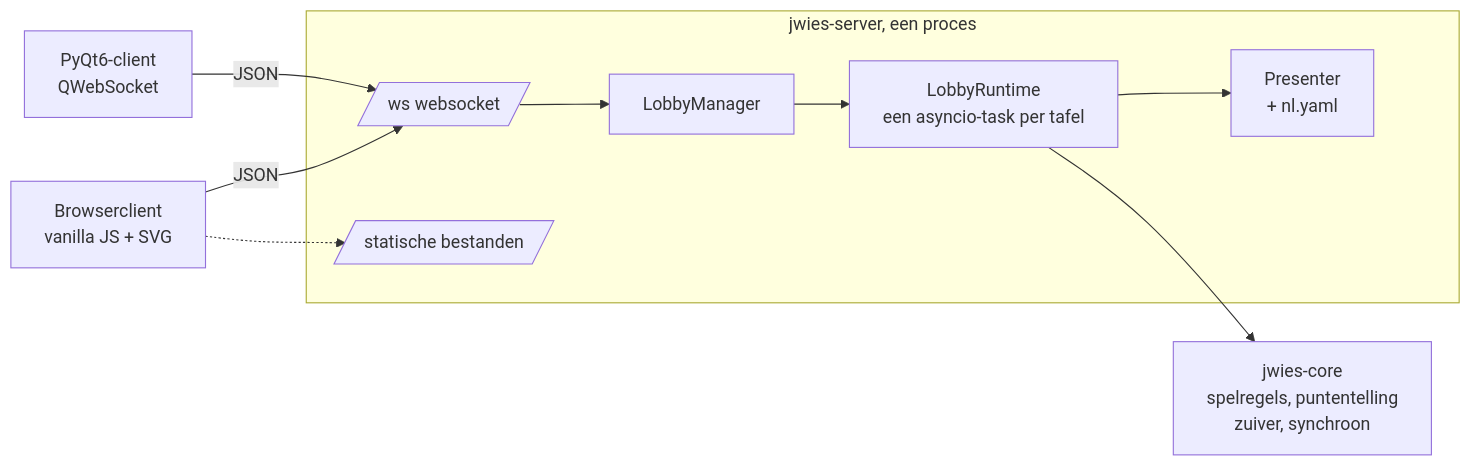
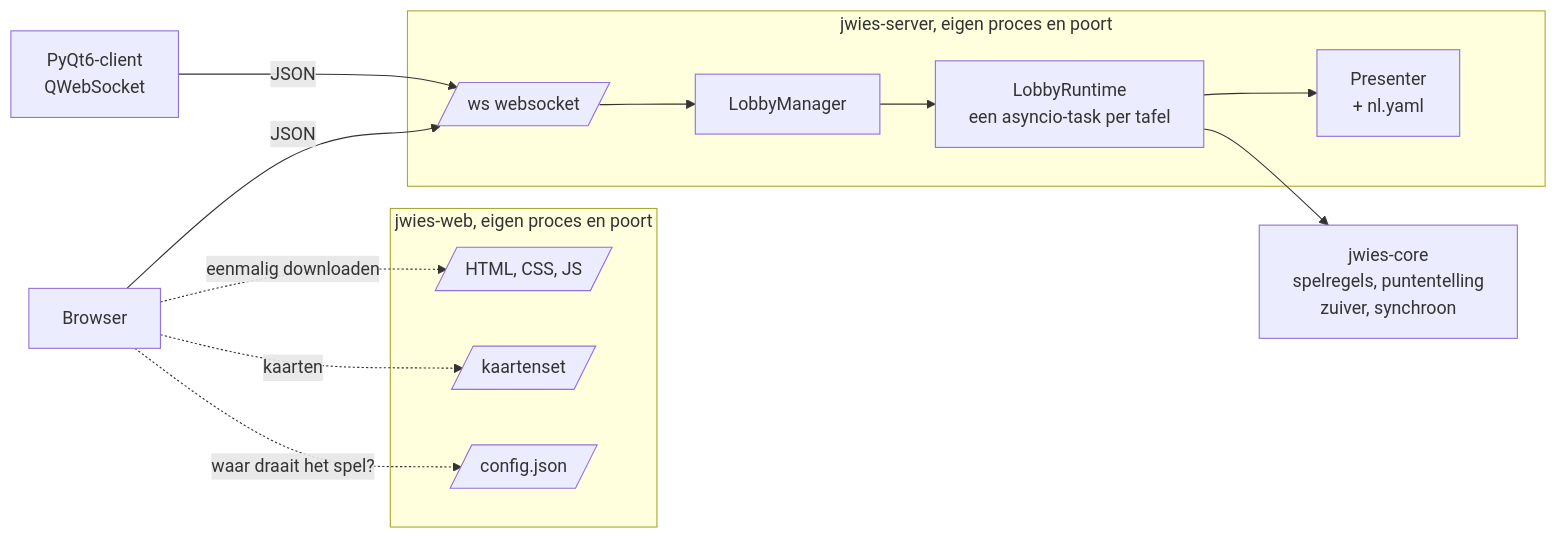
The first of 2 diagrams in docs/architecture/overview.md (jorritvm/jwies), drawn with Mermaid before and after one commit. The commit also changed other lines of this file and 15 other files, not shown here.

First line of the commit message:
Give the web client its own server, separate from the game server

````diff
--- a/docs/architecture/overview.md
+++ b/docs/architecture/overview.md
@@ -5,22 +5,29 @@
 ```mermaid
 flowchart LR
-    web[Browserclient<br/>vanilla JS + SVG]
+    browser[Browser]
     qt[PyQt6-client<br/>QWebSocket]
 
-    subgraph server[jwies-server, een proces]
+    subgraph webproc[jwies-web, eigen proces en poort]
+        static[/HTML, CSS, JS/]
+        assets[/kaartenset/]
+        conf[/config.json/]
+    end
+
+    subgraph server[jwies-server, eigen proces en poort]
         ws[/ws websocket/]
-        static[/statische bestanden/]
         mgr[LobbyManager]
         lobby[LobbyRuntime<br/>een asyncio-task per tafel]
         pres[Presenter<br/>+ nl.yaml]
     end
 
     core[jwies-core<br/>spelregels, puntentelling<br/>zuiver, synchroon]
 
-    web -- JSON --> ws
-    qt  -- JSON --> ws
-    web -.-> static
+    browser -. eenmalig downloaden .-> static
+    browser -. kaarten .-> assets
+    browser -. waar draait het spel? .-> conf
+    browser -- JSON --> ws
+    qt -- JSON --> ws
     ws --> mgr --> lobby
     lobby --> core
     lobby --> pres
 ```
````
